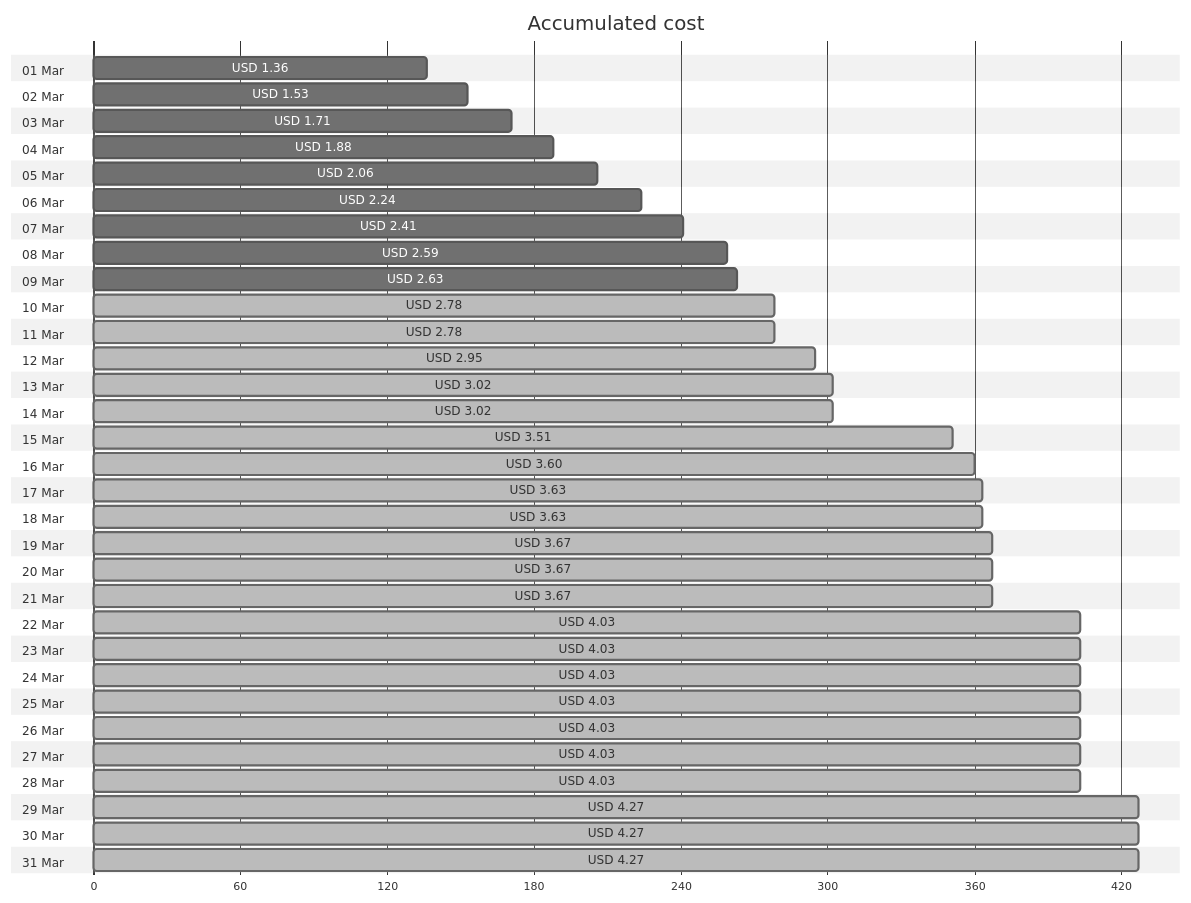
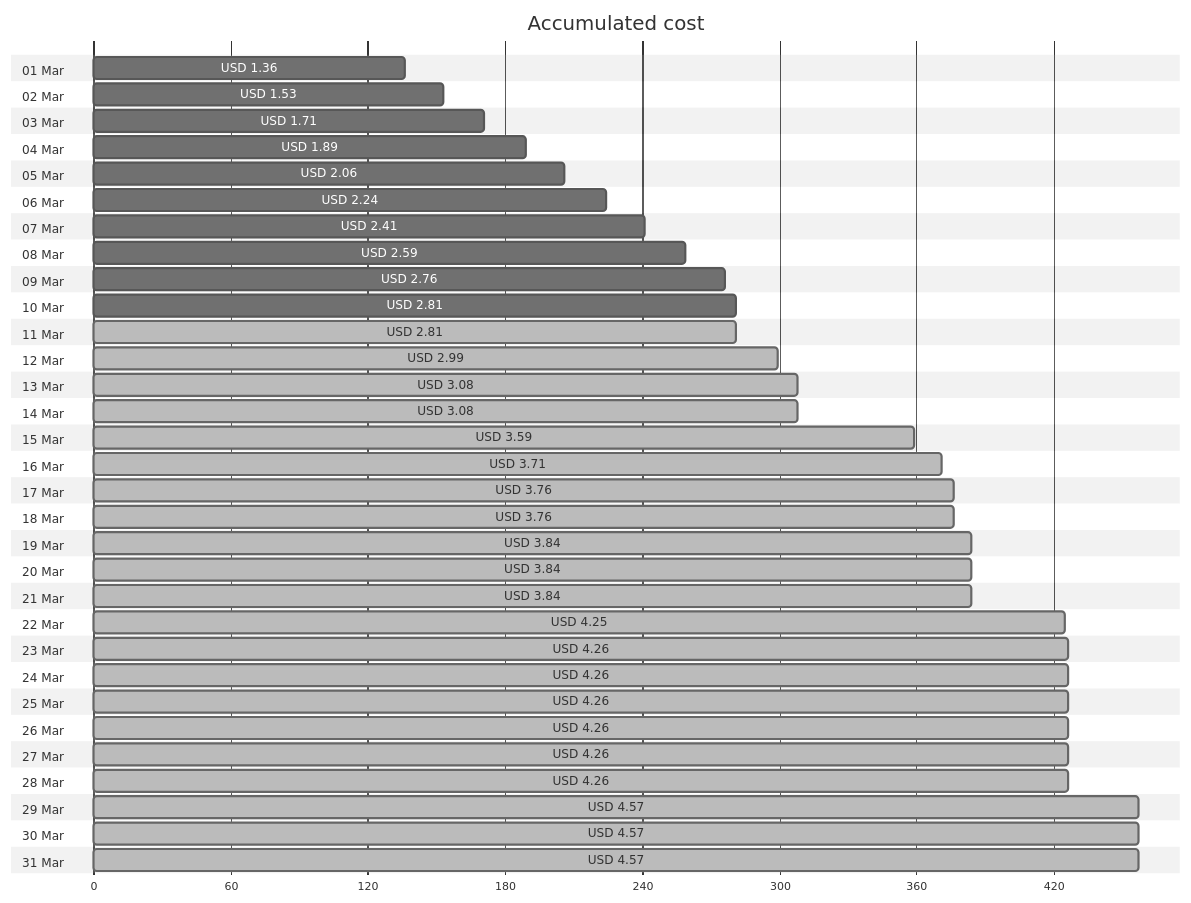
The first of 4 diagrams in cost-reports/personal-network/vpn-server.md (jpfulton/azure-personal-reports), drawn with Mermaid (neutral theme) before and after one commit. The commit also changed other lines of this file and 8 other files, not shown here.

````diff
--- a/cost-reports/personal-network/vpn-server.md
+++ b/cost-reports/personal-network/vpn-server.md
@@ -20,68 +20,68 @@
 ```mermaid
 gantt
    title Accumulated cost
    dateFormat  X
    axisFormat %s
    section 01 Mar
    USD 1.36 :0, 136
    section 02 Mar
    USD 1.53 :0, 153
    section 03 Mar
    USD 1.71 :0, 171
    section 04 Mar
-   USD 1.88 :0, 188
+   USD 1.89 :0, 189
    section 05 Mar
    USD 2.06 :0, 206
    section 06 Mar
    USD 2.24 :0, 224
    section 07 Mar
    USD 2.41 :0, 241
    section 08 Mar
    USD 2.59 :0, 259
    section 09 Mar
-   USD 2.63 :0, 263
+   USD 2.76 :0, 276
    section 10 Mar
-   USD 2.78 : done, 0, 278
+   USD 2.81 :0, 281
    section 11 Mar
-   USD 2.78 : done, 0, 278
+   USD 2.81 : done, 0, 281
    section 12 Mar
-   USD 2.95 : done, 0, 295
+   USD 2.99 : done, 0, 299
    section 13 Mar
-   USD 3.02 : done, 0, 302
+   USD 3.08 : done, 0, 308
    section 14 Mar
-   USD 3.02 : done, 0, 302
+   USD 3.08 : done, 0, 308
    section 15 Mar
-   USD 3.51 : done, 0, 351
+   USD 3.59 : done, 0, 359
    section 16 Mar
-   USD 3.60 : done, 0, 360
+   USD 3.71 : done, 0, 371
    section 17 Mar
-   USD 3.63 : done, 0, 363
+   USD 3.76 : done, 0, 376
    section 18 Mar
-   USD 3.63 : done, 0, 363
+   USD 3.76 : done, 0, 376
    section 19 Mar
-   USD 3.67 : done, 0, 367
+   USD 3.84 : done, 0, 384
    section 20 Mar
-   USD 3.67 : done, 0, 367
+   USD 3.84 : done, 0, 384
    section 21 Mar
-   USD 3.67 : done, 0, 367
+   USD 3.84 : done, 0, 384
    section 22 Mar
-   USD 4.03 : done, 0, 403
+   USD 4.25 : done, 0, 425
    section 23 Mar
-   USD 4.03 : done, 0, 403
+   USD 4.26 : done, 0, 426
    section 24 Mar
-   USD 4.03 : done, 0, 403
+   USD 4.26 : done, 0, 426
    section 25 Mar
-   USD 4.03 : done, 0, 403
+   USD 4.26 : done, 0, 426
    section 26 Mar
-   USD 4.03 : done, 0, 403
+   USD 4.26 : done, 0, 426
    section 27 Mar
-   USD 4.03 : done, 0, 403
+   USD 4.26 : done, 0, 426
    section 28 Mar
-   USD 4.03 : done, 0, 403
+   USD 4.26 : done, 0, 426
    section 29 Mar
-   USD 4.27 : done, 0, 427
+   USD 4.57 : done, 0, 457
    section 30 Mar
-   USD 4.27 : done, 0, 427
+   USD 4.57 : done, 0, 457
    section 31 Mar
-   USD 4.27 : done, 0, 427
+   USD 4.57 : done, 0, 457
 ```
````
